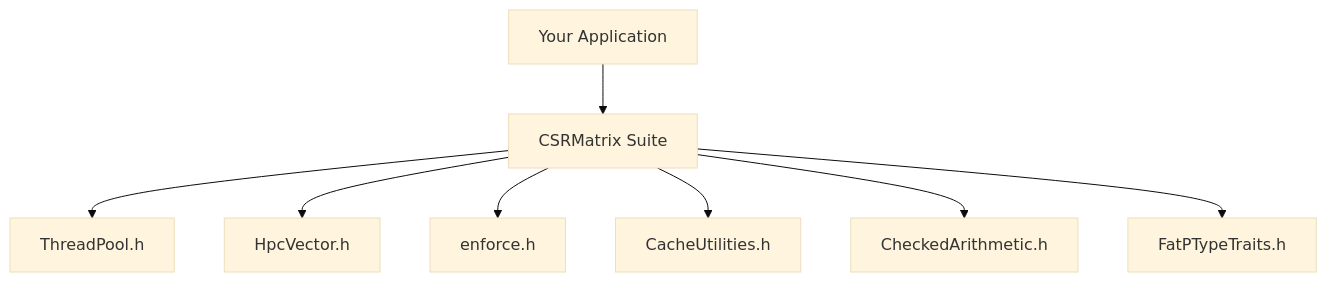
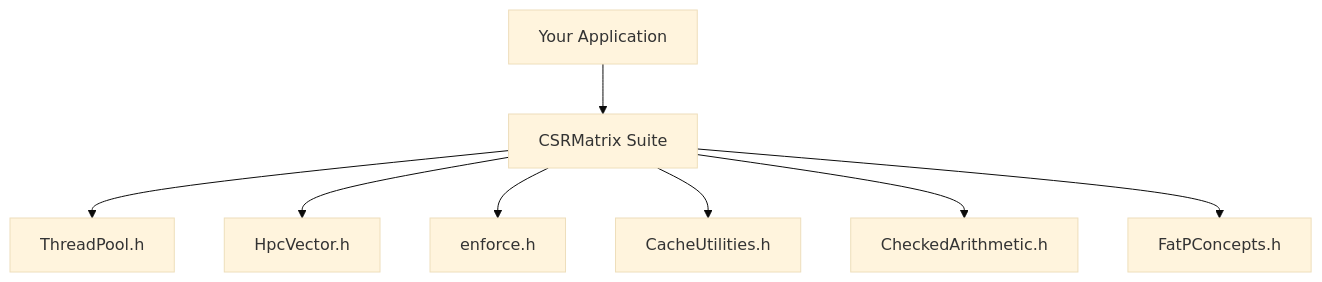
The fifth of 5 diagrams in components/CSRMatrix/docs/Overview - CSRMatrix.md (schroedermatthew/FatP), drawn with Mermaid (base theme) before and after one commit. The commit also changed other lines of this file and 103 other files, not shown here.

````diff
--- a/components/CSRMatrix/docs/Overview - CSRMatrix.md
+++ b/components/CSRMatrix/docs/Overview - CSRMatrix.md
@@ -244,19 +244,19 @@
 ```mermaid
 flowchart TD
     CSR["CSRMatrix Suite"]
     TP["ThreadPool.h"]
     HV["HpcVector.h"]
     EN["enforce.h"]
     CU["CacheUtilities.h"]
     CA["CheckedArithmetic.h"]
-    TT["FatPTypeTraits.h"]
+    TT["FatPConcepts.h"]
     APP["Your Application"]
     
     CSR --> TP
     CSR --> HV
     CSR --> EN
     CSR --> CU
     CSR --> CA
     CSR --> TT
     APP --> CSR
 ```
````
